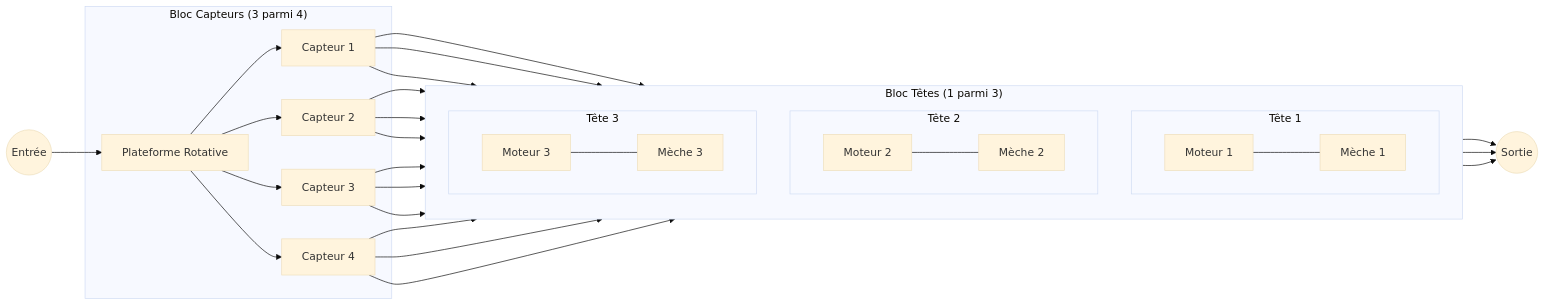
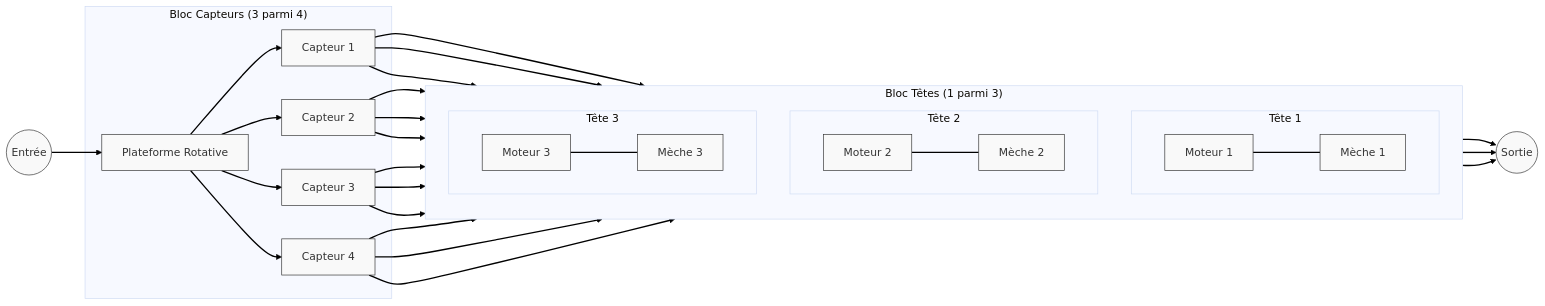
The diagram in notebook/eval.qmd (The0eau/maintenance_in_operational_condition), drawn with Mermaid (base theme) before and after one commit. The commit also changed 2 other files, not shown here.

Commit message:
adapt color

````diff
--- a/notebook/eval.qmd
+++ b/notebook/eval.qmd
@@ -64,31 +64,39 @@
 ```{mermaid}
 graph LR
+    %% Définition des styles
+    classDef default fill:#f9f9f9,stroke:#333,stroke-width:1px;
+    
     In((Entrée)) --> Plat[Plateforme Rotative]
     
     subgraph "Bloc Capteurs (3 parmi 4)"
         Plat --> C1[Capteur 1]
         Plat --> C2[Capteur 2]
         Plat --> C3[Capteur 3]
         Plat --> C4[Capteur 4]
     end
 
     subgraph "Bloc Têtes (1 parmi 3)"
         direction TB
+        
+        %% Connexions Capteurs vers Têtes
         C1 & C2 & C3 & C4 --> T1
         C1 & C2 & C3 & C4 --> T2
         C1 & C2 & C3 & C4 --> T3
         
         subgraph T1 [Tête 1]
             M1[Moteur 1] --- Me1[Mèche 1]
         end
         subgraph T2 [Tête 2]
             M2[Moteur 2] --- Me2[Mèche 2]
         end
         subgraph T3 [Tête 3]
             M3[Moteur 3] --- Me3[Mèche 3]
         end
     end
 
     T1 & T2 & T3 --> Out((Sortie))
 
+    %% Application du style noir aux flèches (liens)
+    linkStyle default stroke:#000,stroke-width:2px;
+
 ```
````
